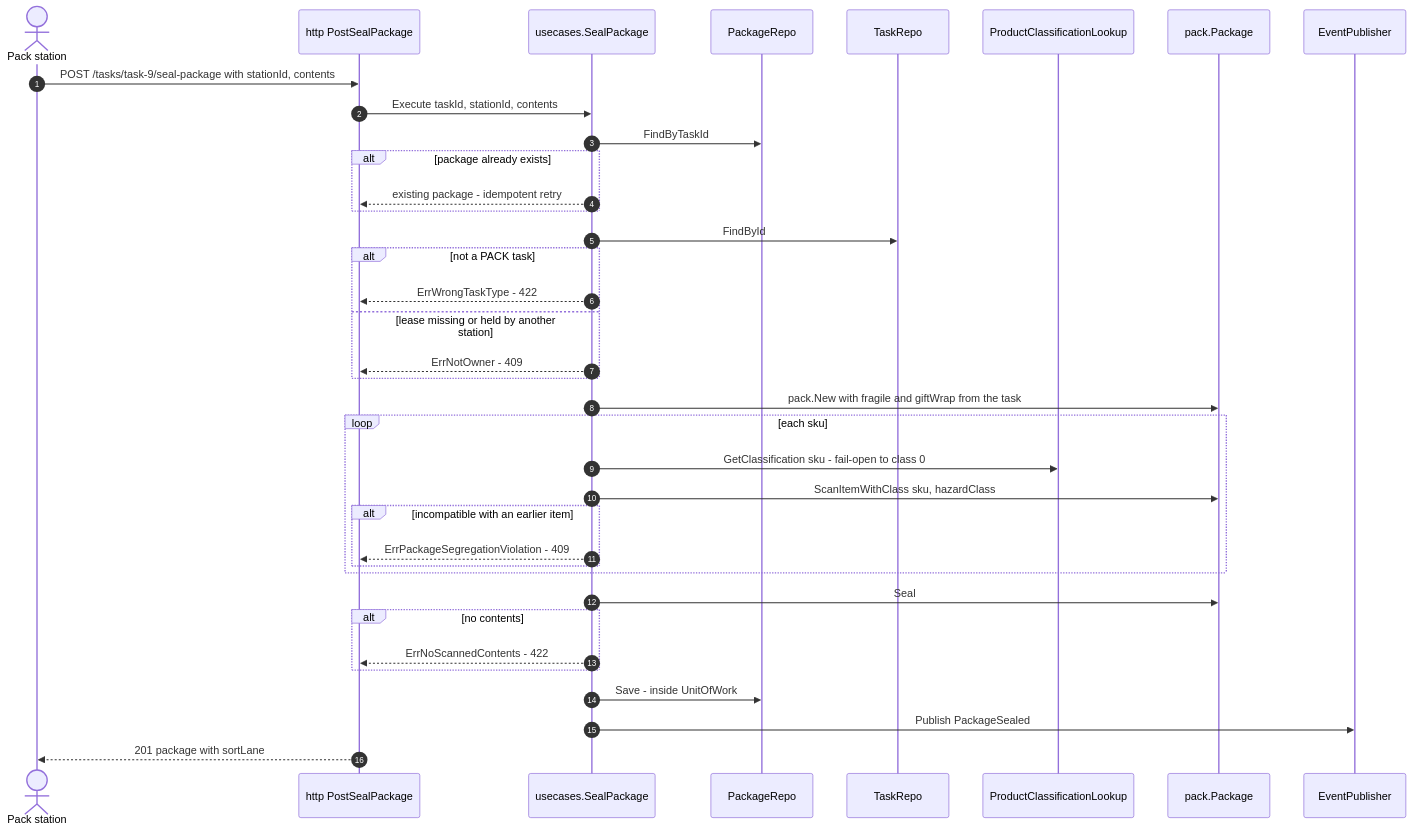
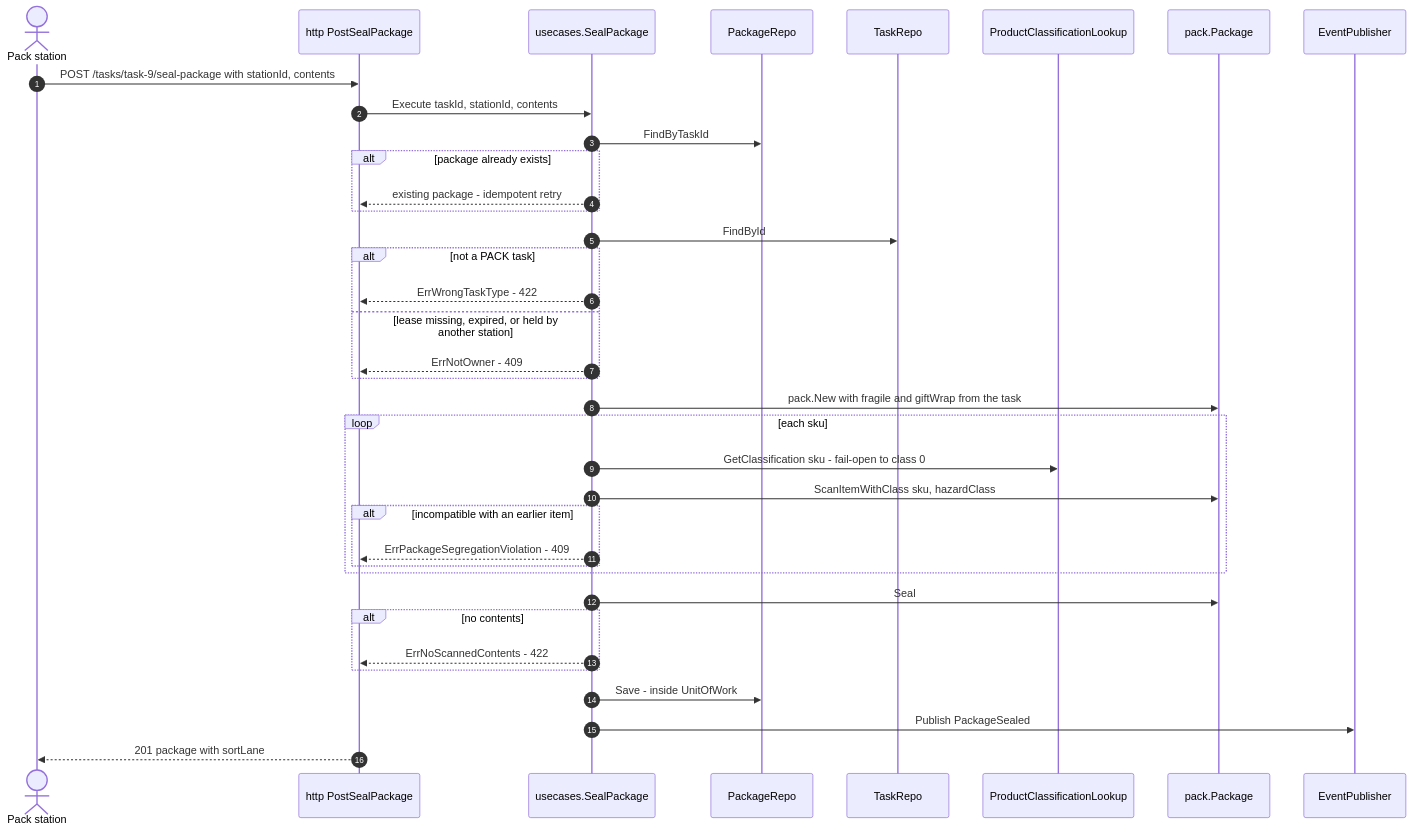
The sixth of 9 diagrams in docs/contexts/fulfillment-execution/sequence-diagrams.md (IQVO/warehouse-docs), drawn with Mermaid before and after one commit. The commit also changed other lines of this file and 107 other files, not shown here.

````diff
--- a/docs/contexts/fulfillment-execution/sequence-diagrams.md
+++ b/docs/contexts/fulfillment-execution/sequence-diagrams.md
@@ -256,39 +256,39 @@
 ```mermaid
 sequenceDiagram
     autonumber
     actor S as Pack station
     participant H as http PostSealPackage
     participant UC as usecases.SealPackage
     participant PR as PackageRepo
     participant R as TaskRepo
     participant CL as ProductClassificationLookup
     participant PK as pack.Package
     participant P as EventPublisher
     S->>H: POST /tasks/task-9/seal-package with stationId, contents
     H->>UC: Execute taskId, stationId, contents
     UC->>PR: FindByTaskId
     alt package already exists
         UC-->>H: existing package - idempotent retry
     end
     UC->>R: FindById
     alt not a PACK task
         UC-->>H: ErrWrongTaskType - 422
-    else lease missing or held by another station
+    else lease missing, expired, or held by another station
         UC-->>H: ErrNotOwner - 409
     end
     UC->>PK: pack.New with fragile and giftWrap from the task
     loop each sku
         UC->>CL: GetClassification sku - fail-open to class 0
         UC->>PK: ScanItemWithClass sku, hazardClass
         alt incompatible with an earlier item
             UC-->>H: ErrPackageSegregationViolation - 409
         end
     end
     UC->>PK: Seal
     alt no contents
         UC-->>H: ErrNoScannedContents - 422
     end
     UC->>PR: Save - inside UnitOfWork
     UC->>P: Publish PackageSealed
     H-->>S: 201 package with sortLane
 ```
````
